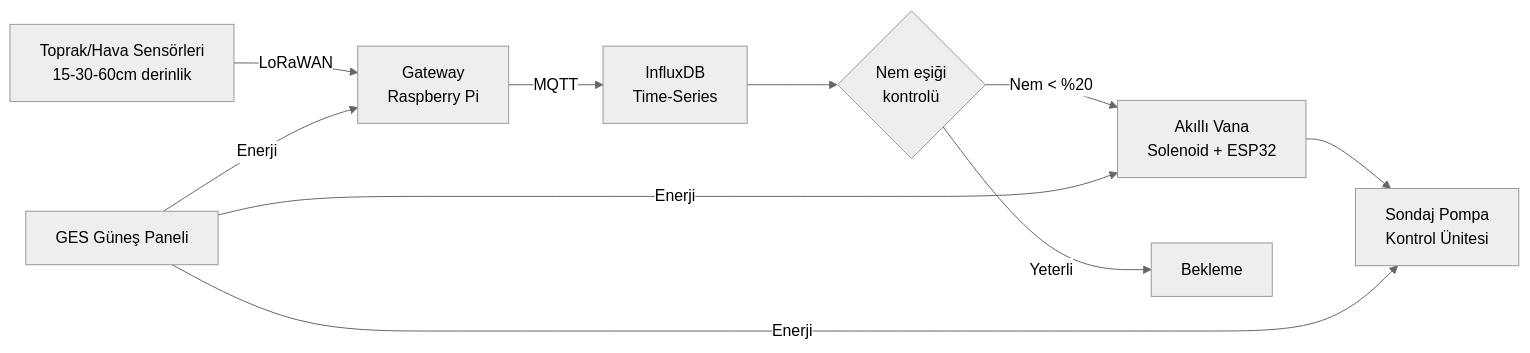
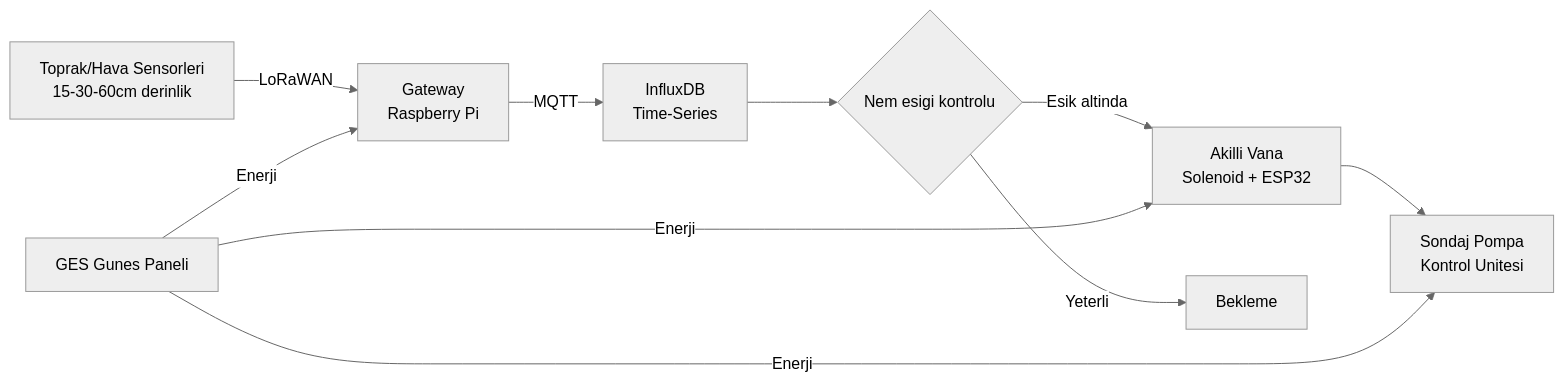
The third of 5 diagrams in README.md (hhalilikurnaz/griOS-Telemetry-System), drawn with Mermaid (neutral theme) before and after one commit. The commit also changed other lines of this file, not shown here.

````diff
--- a/README.md
+++ b/README.md
@@ -232,12 +275,12 @@
 ```mermaid
 flowchart LR
-    A[Toprak/Hava Sensörleri<br/>15-30-60cm derinlik] -->|LoRaWAN| B[Gateway<br/>Raspberry Pi]
-    B -->|MQTT| C[InfluxDB<br/>Time-Series]
-    C --> D{Nem eşiği<br/>kontrolü}
-    D -->|"Nem < %20"| E[Akıllı Vana<br/>Solenoid + ESP32]
-    D -->|Yeterli| F[Bekleme]
-    E --> G[Sondaj Pompa<br/>Kontrol Ünitesi]
-    H[GES Güneş Paneli] -->|Enerji| B
+    A["Toprak/Hava Sensorleri<br/>15-30-60cm derinlik"] -->|LoRaWAN| B["Gateway<br/>Raspberry Pi"]
+    B -->|MQTT| C["InfluxDB<br/>Time-Series"]
+    C --> D{"Nem esigi kontrolu"}
+    D -->|Esik altinda| E["Akilli Vana<br/>Solenoid + ESP32"]
+    D -->|Yeterli| F["Bekleme"]
+    E --> G["Sondaj Pompa<br/>Kontrol Unitesi"]
+    H["GES Gunes Paneli"] -->|Enerji| B
     H -->|Enerji| E
     H -->|Enerji| G
 ```
````
